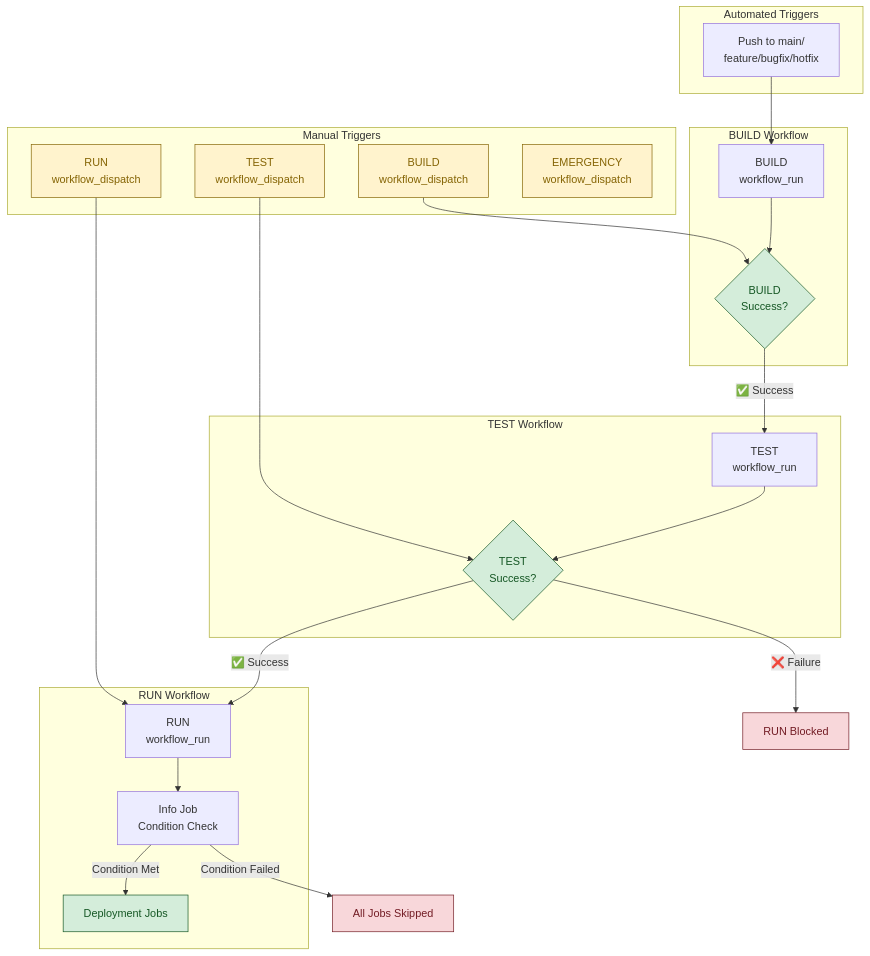
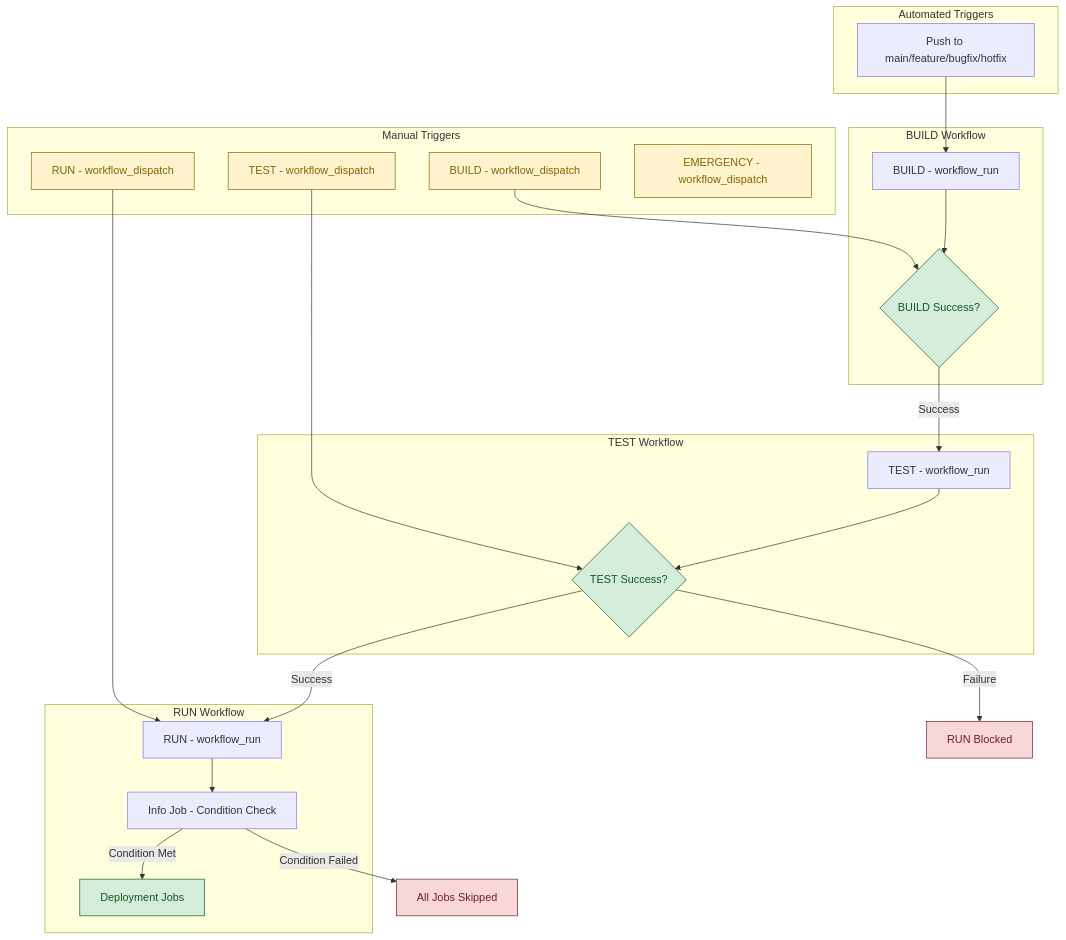
The first of 3 diagrams in docs/workflows/workflow-conditions.md (Celtikill/static-site), drawn with Mermaid before and after one commit. The commit also changed other lines of this file and 1 other file, not shown here.

````diff
--- a/docs/workflows/workflow-conditions.md
+++ b/docs/workflows/workflow-conditions.md
@@ -7,57 +9,57 @@
 ```mermaid
 graph TB
     subgraph "Manual Triggers"
-        BUILD_MANUAL[BUILD<br/>workflow_dispatch]
-        TEST_MANUAL[TEST<br/>workflow_dispatch]
-        RUN_MANUAL[RUN<br/>workflow_dispatch]
-        EMERGENCY[EMERGENCY<br/>workflow_dispatch]
+        BUILD_MANUAL[BUILD - workflow_dispatch]
+        TEST_MANUAL[TEST - workflow_dispatch]
+        RUN_MANUAL[RUN - workflow_dispatch]
+        EMERGENCY[EMERGENCY - workflow_dispatch]
     end
 
     subgraph "Automated Triggers"
-        PUSH[Push to main/<br/>feature/bugfix/hotfix]
+        PUSH[Push to main/feature/bugfix/hotfix]
     end
 
     subgraph "BUILD Workflow"
-        BUILD_AUTO[BUILD<br/>workflow_run]
-        BUILD_SUCCESS{BUILD<br/>Success?}
+        BUILD_AUTO[BUILD - workflow_run]
+        BUILD_SUCCESS{BUILD Success?}
     end
 
     subgraph "TEST Workflow"
-        TEST_AUTO[TEST<br/>workflow_run]
-        TEST_SUCCESS{TEST<br/>Success?}
+        TEST_AUTO[TEST - workflow_run]
+        TEST_SUCCESS{TEST Success?}
     end
 
     subgraph "RUN Workflow"
-        RUN_AUTO[RUN<br/>workflow_run]
-        RUN_INFO[Info Job<br/>Condition Check]
+        RUN_AUTO[RUN - workflow_run]
+        RUN_INFO[Info Job - Condition Check]
         RUN_DEPLOY[Deployment Jobs]
     end
 
     %% Automatic flow
     PUSH --> BUILD_AUTO
     BUILD_AUTO --> BUILD_SUCCESS
-    BUILD_SUCCESS -->|✅ Success| TEST_AUTO
+    BUILD_SUCCESS -->|Success| TEST_AUTO
     TEST_AUTO --> TEST_SUCCESS
-    TEST_SUCCESS -->|✅ Success| RUN_AUTO
-    TEST_SUCCESS -->|❌ Failure| RUN_BLOCKED[RUN Blocked]
+    TEST_SUCCESS -->|Success| RUN_AUTO
+    TEST_SUCCESS -->|Failure| RUN_BLOCKED[RUN Blocked]
 
     %% Manual overrides
     BUILD_MANUAL --> BUILD_SUCCESS
     TEST_MANUAL --> TEST_SUCCESS
     RUN_MANUAL --> RUN_AUTO
 
     %% RUN workflow internal logic
     RUN_AUTO --> RUN_INFO
     RUN_INFO -->|Condition Met| RUN_DEPLOY
     RUN_INFO -->|Condition Failed| RUN_JOBS_SKIPPED[All Jobs Skipped]
 
     %% Styling
     classDef successPath fill:#d4edda,stroke:#155724,color:#155724
     classDef failurePath fill:#f8d7da,stroke:#721c24,color:#721c24
     classDef manualPath fill:#fff3cd,stroke:#856404,color:#856404
     classDef blockPath fill:#f8d7da,stroke:#721c24,color:#721c24
 
     class BUILD_SUCCESS,TEST_SUCCESS,RUN_DEPLOY successPath
     class RUN_BLOCKED,RUN_JOBS_SKIPPED blockPath
     class BUILD_MANUAL,TEST_MANUAL,RUN_MANUAL,EMERGENCY manualPath
 ```
````
